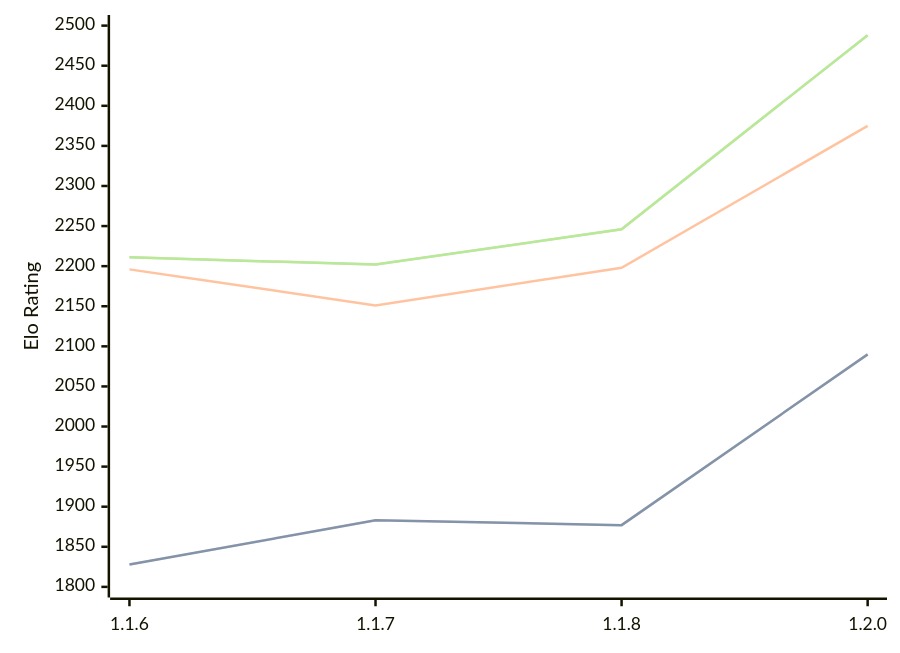
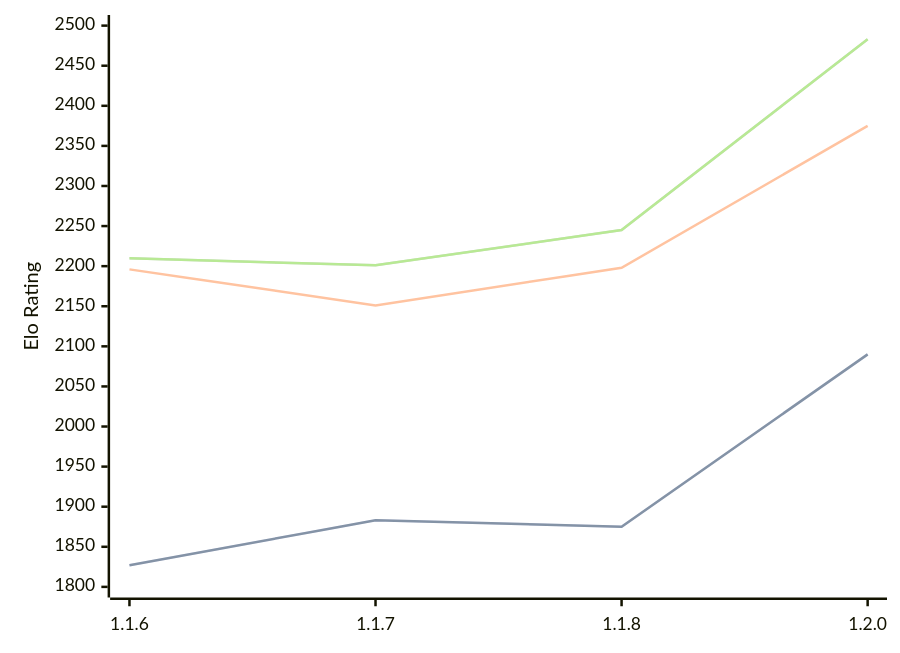
One commit to computer-chess-index/cci changed the diagram in engines/Soomi.md. Above: the diagram before and after it, drawn with Mermaid. The commit also changed other lines of this file, not shown here.

Commit message:
Update CCI Ratings (ELO VLTC) - 2026-02-28

````diff
--- a/engines/Soomi.md
+++ b/engines/Soomi.md
@@ -32,11 +32,11 @@
 ```mermaid
 %%{init: {"theme":"base","themeVariables":{"seriesColors:['#a3a3a3','#222221','#faa371']}}}%%
 xychart-beta
   x-axis ["1.1.6", "1.1.7", "1.1.8", "1.2.0"]
   y-axis "Elo Rating" 1800 --> 2500
-  line "STC (8.0+0.08s)" [1828, 1883, 1877, 2090]
-  line "STC (8.0+0.08s)" [1828, 1883, 1877, 2090]
+  line "STC (8.0+0.08s)" [1827, 1883, 1875, 2090]
+  line "STC (8.0+0.08s)" [1827, 1883, 1875, 2090]
   line "LTC (60.0+0.60s)" [2196, 2151, 2198, 2375]
-  line "VLTC (2m24s+1.12s)" [2211, 2202, 2246, 2488]
-  line "VLTC (2m24s+1.12s)" [2211, 2202, 2246, 2488]
+  line "VLTC (2m24s+1.12s)" [2210, 2201, 2245, 2483]
+  line "VLTC (2m24s+1.12s)" [2210, 2201, 2245, 2483]
 ```
````
